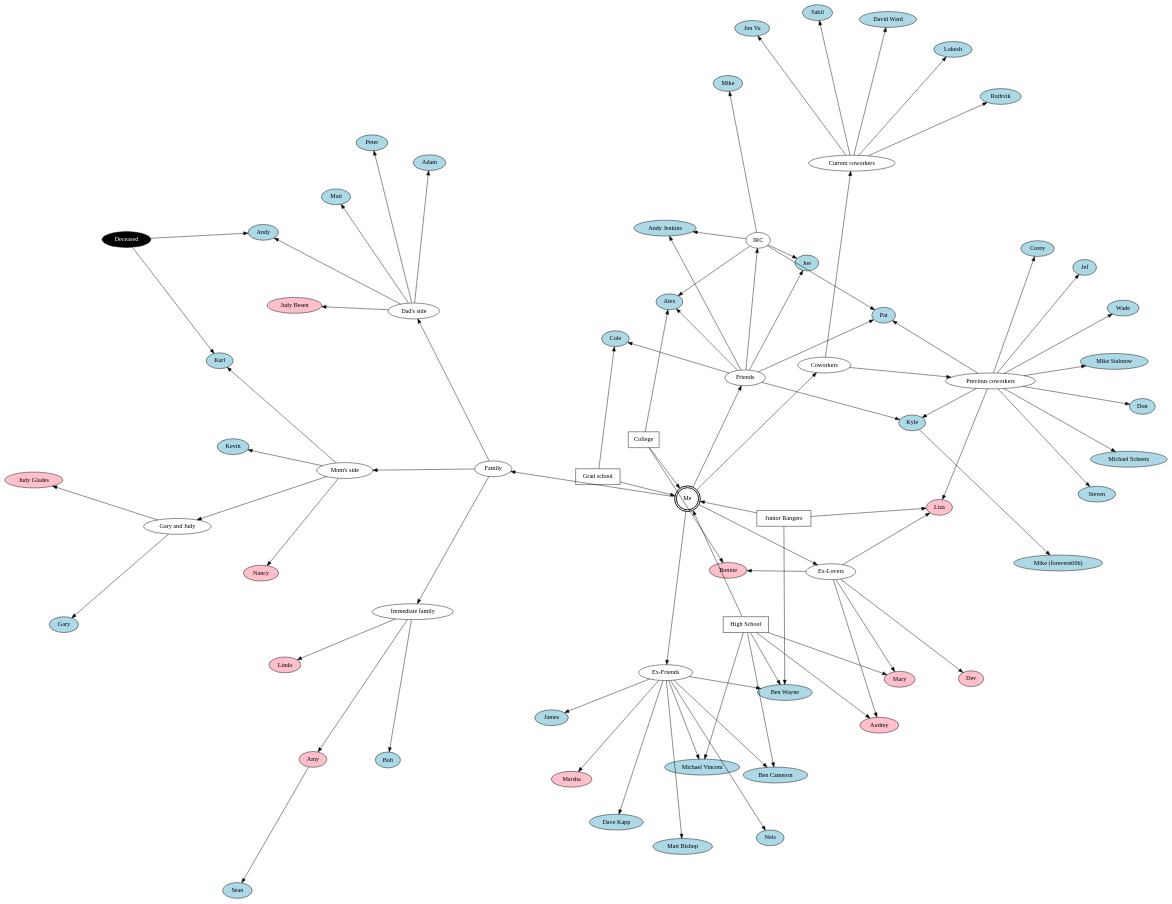
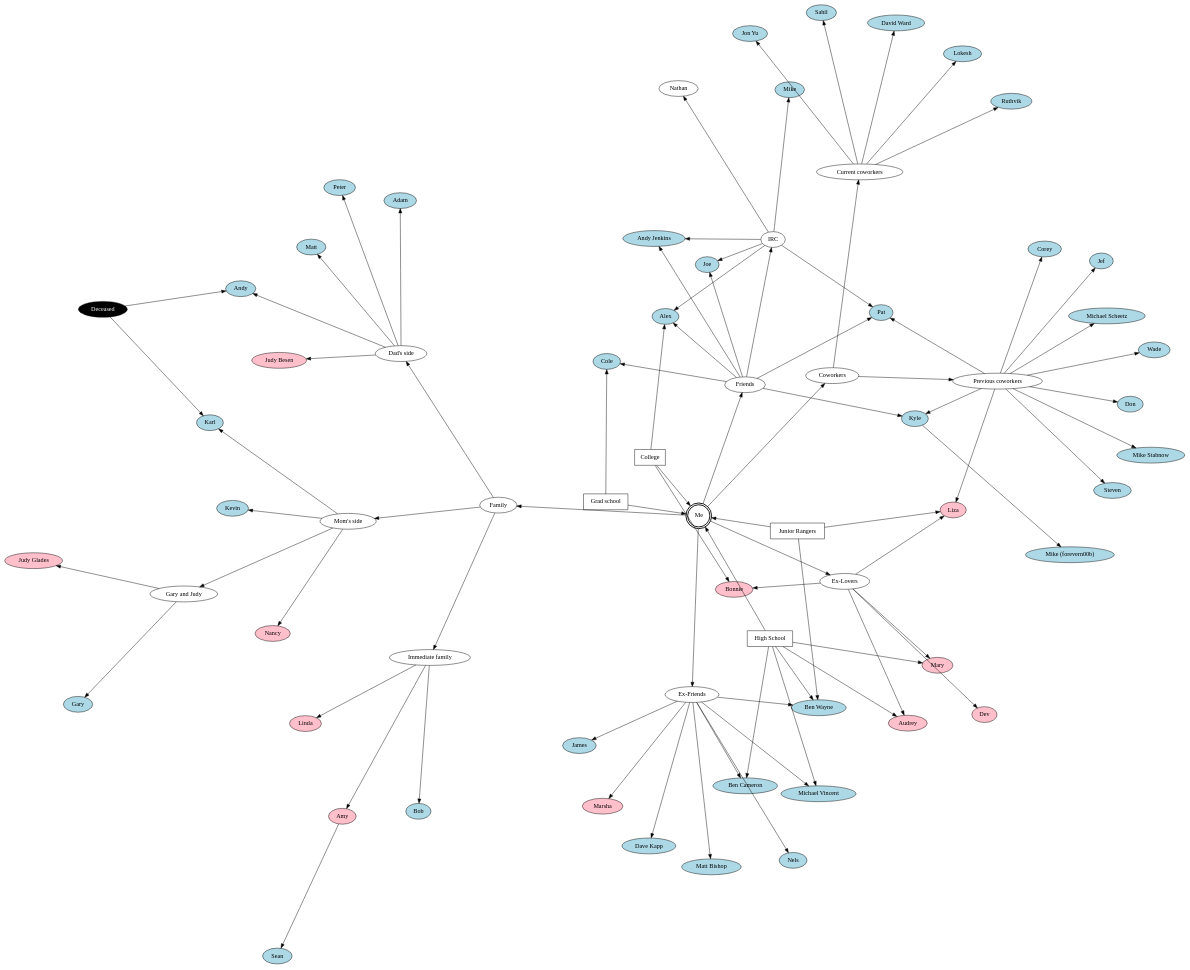
Before and after one commit to sargon2/davidbesen: the diagram in socialnetwork/network.dot, drawn with Graphviz. The commit also changed 2 other files, not shown here.

```diff
--- a/socialnetwork/network.dot
+++ b/socialnetwork/network.dot
@@ -1,57 +1,57 @@
 digraph G {
     layout=neato;
     // overlap values: scale prism false voronoi scalexy compress 
     overlap=scalexy;
 
     Me [shape=doublecircle style=bold]
 
     Mary, Audrey, Bonnie, Liza, Marsha, Amy, Nancy, Linda, "Judy Besen", "Judy Glades", Dev [style=filled fillcolor=pink]
 
     Nels, Alex, Mike, "Ben Cameron", "Dave Kapp", "Ben Wayne", "James", "Andy", "Andy Jenkins" [style=filled fillcolor=lightblue]
     Cole, Pat, Joe, "Michael Vincent", Kyle, Wade, Corey, Steven, "Mike (forevern00b)", Jef [style=filled fillcolor=lightblue]
     "Mike Stabnow", "Jon Yu", "Sahil", "Lokesh", "Ruthvik", "David Ward", Adam, Karl, Matt, Peter [style=filled fillcolor=lightblue]
     Kevin, Sean, Bob, Gary, "Michael Scheetz", Don, "Matt Bishop" [style=filled fillcolor=lightblue]
 
     Deceased [style=filled fillcolor=black fontcolor=white]
 
     Me -> Friends, Family, Coworkers
     Coworkers -> "Current coworkers"
     Coworkers -> "Previous coworkers"
     Me -> "Ex-Friends"
     Me -> "Ex-Lovers"
 
     "Ex-Lovers" -> Mary, Audrey, Bonnie, Liza, Dev
 
     Family -> "Immediate family", "Mom's side", "Dad's side"
     "Mom's side" -> "Gary and Judy"
     "Immediate family" -> Amy, Bob, Linda
     "Gary and Judy" -> Gary, "Judy Glades"
     "Mom's side" -> Nancy, Kevin, Karl
     "Dad's side" -> Adam, Matt, Peter, Andy, "Judy Besen"
 
     Deceased -> Andy, Karl
 
     Amy -> Sean
 
     Friends -> Alex, Joe, Kyle, Pat, "Andy Jenkins", Cole, IRC
-    IRC -> Mike, Alex, Joe, Pat, "Andy Jenkins"
+    IRC -> Mike, Alex, Joe, Pat, "Andy Jenkins", Nathan
 
     "Ex-Friends" -> "Michael Vincent", "Ben Wayne", "Ben Cameron", James, Nels, Marsha, "Dave Kapp", "Matt Bishop"
 
     Kyle -> "Mike (forevern00b)"
 
     "Previous coworkers" -> Steven, Jef, Corey, Wade, "Mike Stabnow", Kyle, Don, "Michael Scheetz", Liza, Pat
 
     "Current coworkers" -> "David Ward", Sahil, "Jon Yu", Ruthvik, Lokesh
 
     "Junior Rangers" [shape=box]
     "Junior Rangers" -> Me, Liza, "Ben Wayne"
     "High School" [shape=box]
     "High School" -> Me, Audrey, Mary, "Michael Vincent", "Ben Wayne", "Ben Cameron"
 
     College [shape=box]
     College -> Me, Bonnie, Alex
 
     "Grad school" [shape=box]
     "Grad school" -> Me, Cole
 }
```
